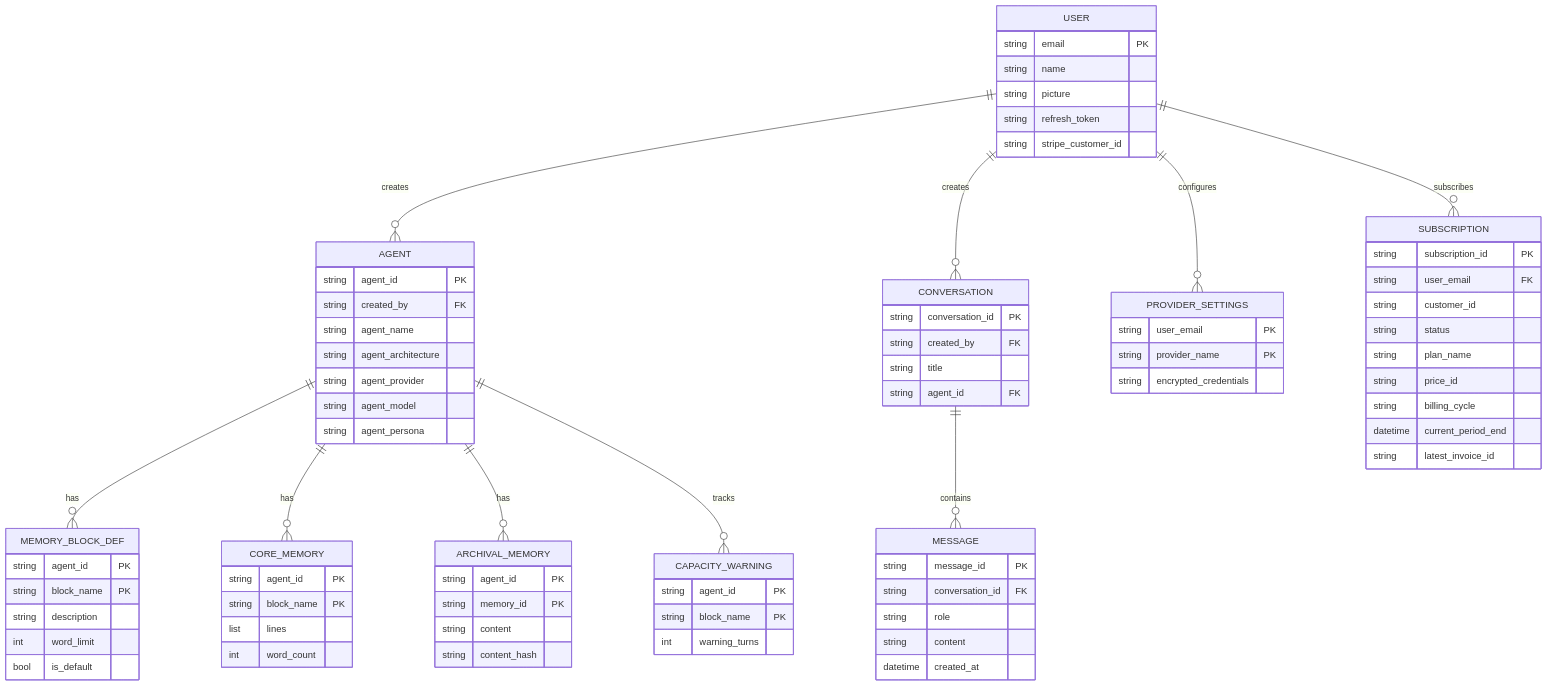
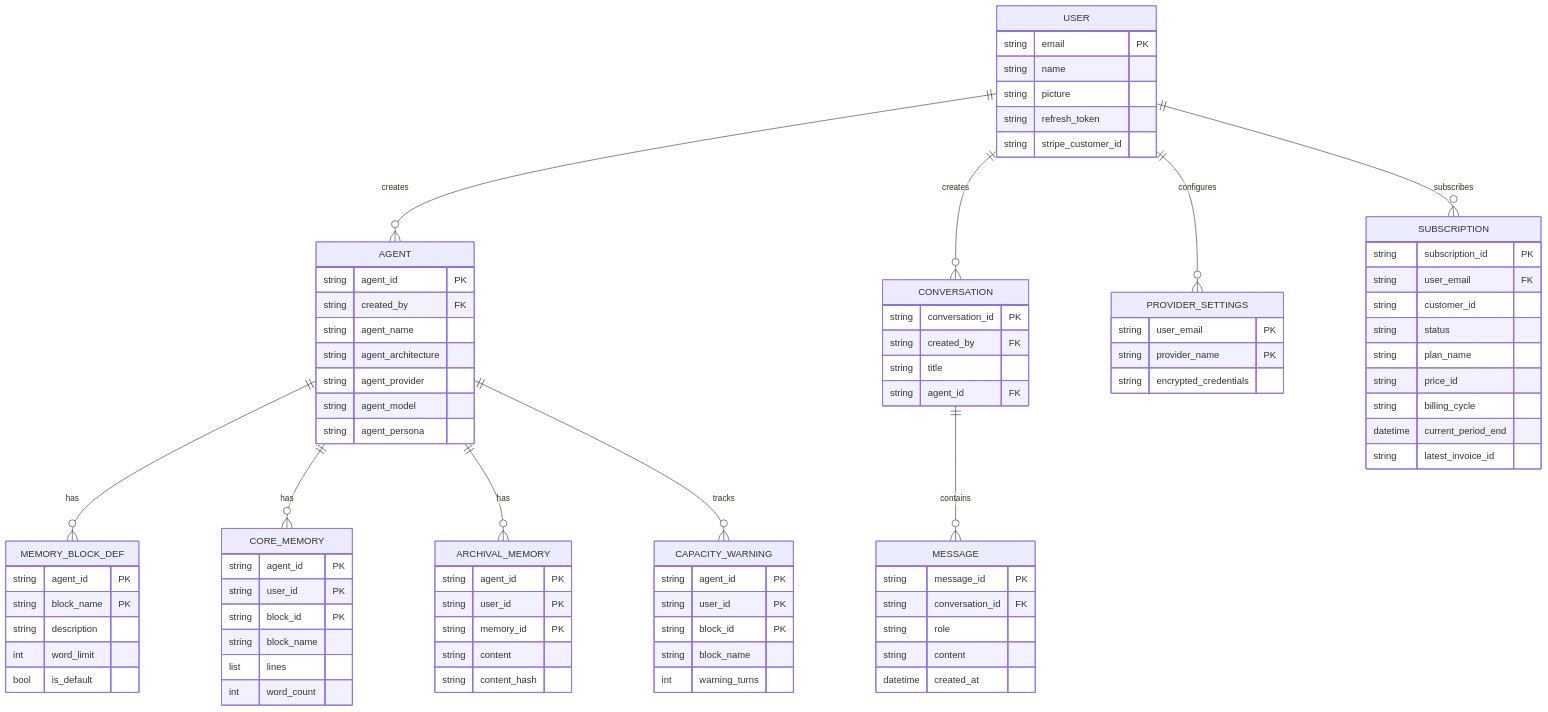
The first of 3 diagrams in api/README.md (vslala/innomightlabs-dynamic-agent-builder), drawn with Mermaid before and after one commit. The commit also changed other lines of this file and 15 other files, not shown here.

Commit message:
persist each memory block for user and agent combined

````diff
--- a/api/README.md
+++ b/api/README.md
@@ -153,13 +153,16 @@
 
     CORE_MEMORY {
         string agent_id PK
-        string block_name PK
+        string user_id PK
+        string block_id PK
+        string block_name
         list lines
         int word_count
     }
 
     ARCHIVAL_MEMORY {
         string agent_id PK
+        string user_id PK
         string memory_id PK
         string content
         string content_hash
@@ -167,7 +170,9 @@
 
     CAPACITY_WARNING {
         string agent_id PK
-        string block_name PK
+        string user_id PK
+        string block_id PK
+        string block_name
         int warning_turns
     }
 ```
````
